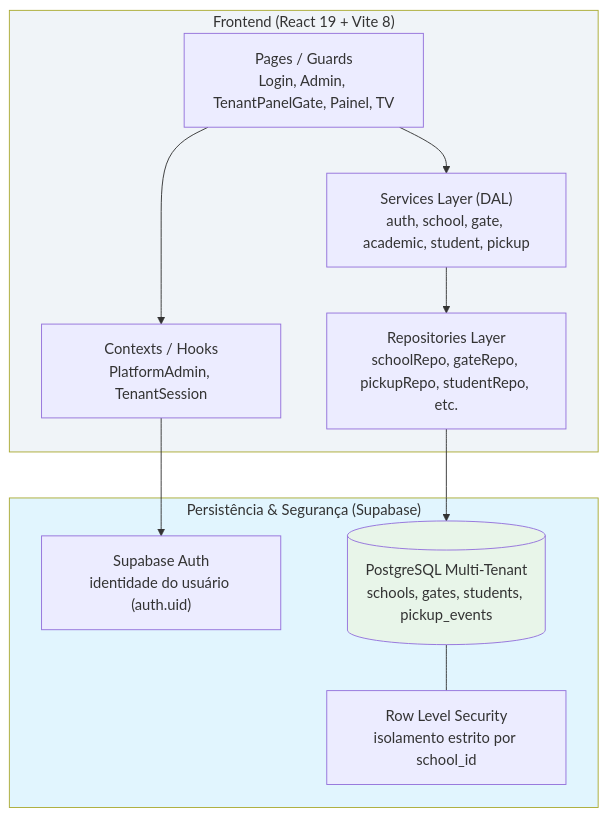
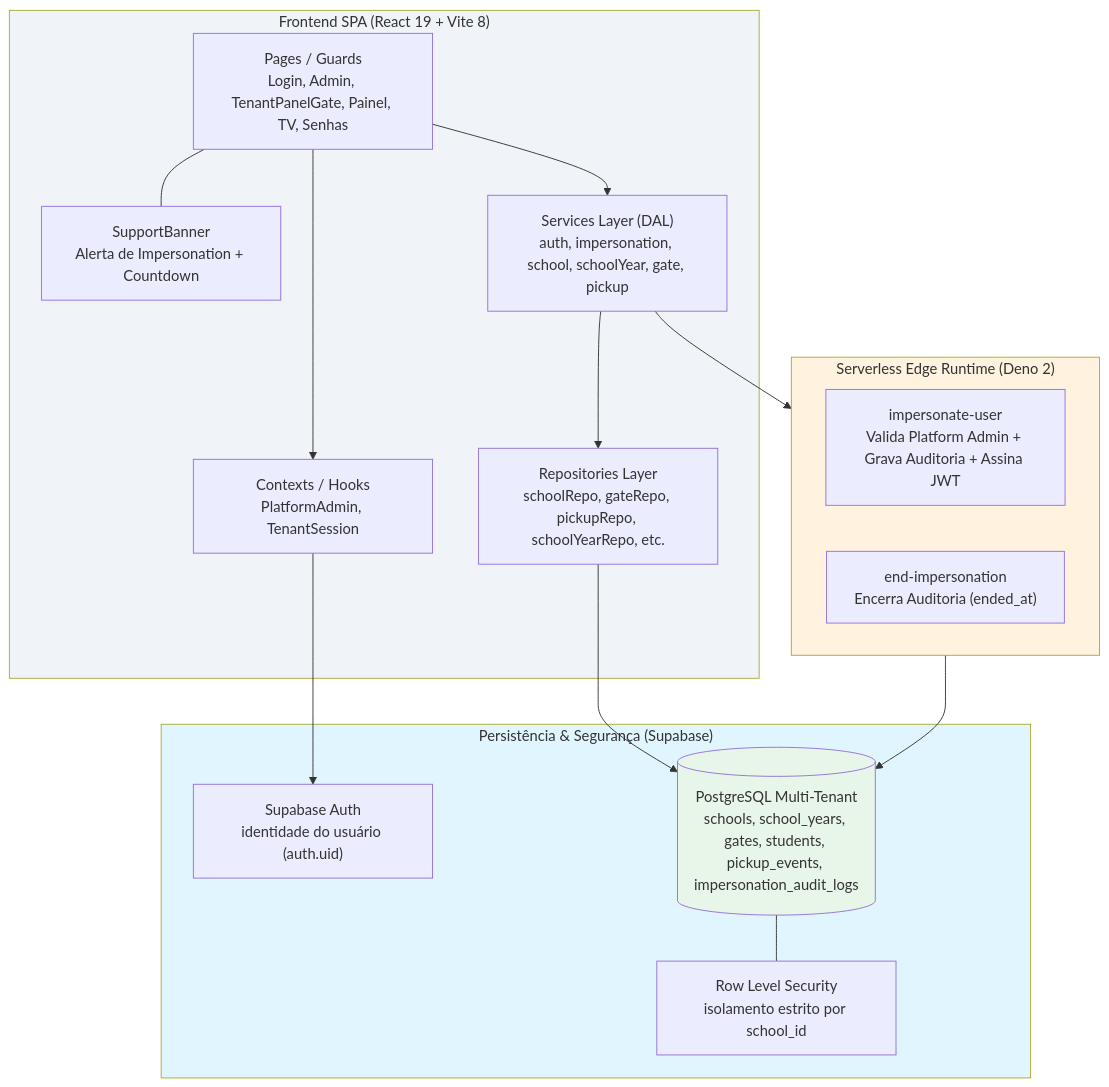
The diagram in docs/arquitetura.md (wesleytj/smart-exit-school), drawn with Mermaid before and after one commit. The commit also changed other lines of this file and 6 other files, not shown here.

First line of the commit message:
docs(arch): refresh architecture, structure, technologies, api and operations (#75)

````diff
--- a/docs/arquitetura.md
+++ b/docs/arquitetura.md
@@ -7,26 +7,36 @@
 ```mermaid
 graph TB
-    subgraph Frontend["Frontend (React 19 + Vite 8)"]
-        Pages["Pages / Guards<br/>Login, Admin, TenantPanelGate, Painel, TV"]
+    subgraph Frontend["Frontend SPA (React 19 + Vite 8)"]
+        Pages["Pages / Guards<br/>Login, Admin, TenantPanelGate, Painel, TV, Senhas"]
+        Banner["SupportBanner<br/>Alerta de Impersonation + Countdown"]
         Contexts["Contexts / Hooks<br/>PlatformAdmin, TenantSession"]
-        Services["Services Layer (DAL)<br/>auth, school, gate, academic, student, pickup"]
-        Repositories["Repositories Layer<br/>schoolRepo, gateRepo, pickupRepo, studentRepo, etc."]
+        Services["Services Layer (DAL)<br/>auth, impersonation, school, schoolYear, gate, pickup"]
+        Repositories["Repositories Layer<br/>schoolRepo, gateRepo, pickupRepo, schoolYearRepo, etc."]
+    end
+
+    subgraph Edge["Serverless Edge Runtime (Deno 2)"]
+        EF1["impersonate-user<br/>Valida Platform Admin + Grava Auditoria + Assina JWT"]
+        EF2["end-impersonation<br/>Encerra Auditoria (ended_at)"]
     end
 
     subgraph Backend["Persistência & Segurança (Supabase)"]
         Auth["Supabase Auth<br/>identidade do usuário (auth.uid)"]
-        PG[("PostgreSQL Multi-Tenant<br/>schools, gates, students, pickup_events")]
+        PG[("PostgreSQL Multi-Tenant<br/>schools, school_years, gates, students, pickup_events, impersonation_audit_logs")]
         RLS["Row Level Security<br/>isolamento estrito por school_id"]
     end
 
     Pages --> Contexts
     Pages --> Services
     Services --> Repositories
+    Services --> Edge
+    Edge --> PG
     Repositories --> PG
     Contexts --> Auth
     PG --- RLS
+    Pages --- Banner
 
     style PG fill:#e8f5e9
     style Frontend fill:#f0f4f8
+    style Edge fill:#fff3e0
     style Backend fill:#e1f5fe
 ```
````
